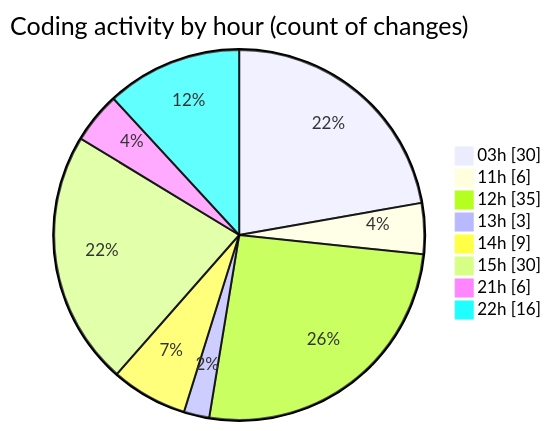
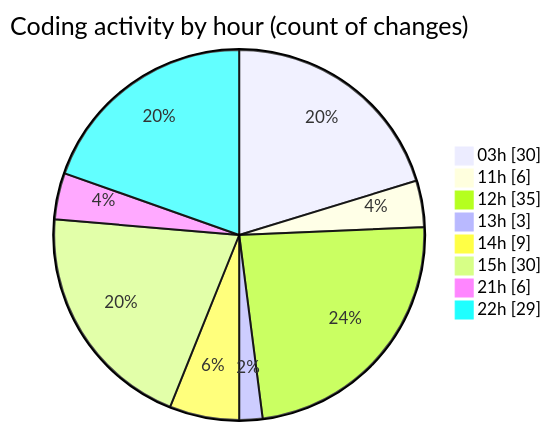
One commit to lephambinh05/code-tracking changed the second of 2 diagrams in 2025-09-13/napxuvn/README.md. Above: the diagram before and after it, drawn with Mermaid. The commit also changed other lines of this file and 1 other file, not shown here.

````diff
--- a/2025-09-13/napxuvn/README.md
+++ b/2025-09-13/napxuvn/README.md
@@ -87,12 +88,12 @@
 ```mermaid
 pie showData
 title Coding activity by hour (count of changes)
 "03h" : 30
 "11h" : 6
 "12h" : 35
 "13h" : 3
 "14h" : 9
 "15h" : 30
 "21h" : 6
-"22h" : 16
+"22h" : 29
 ```
````
